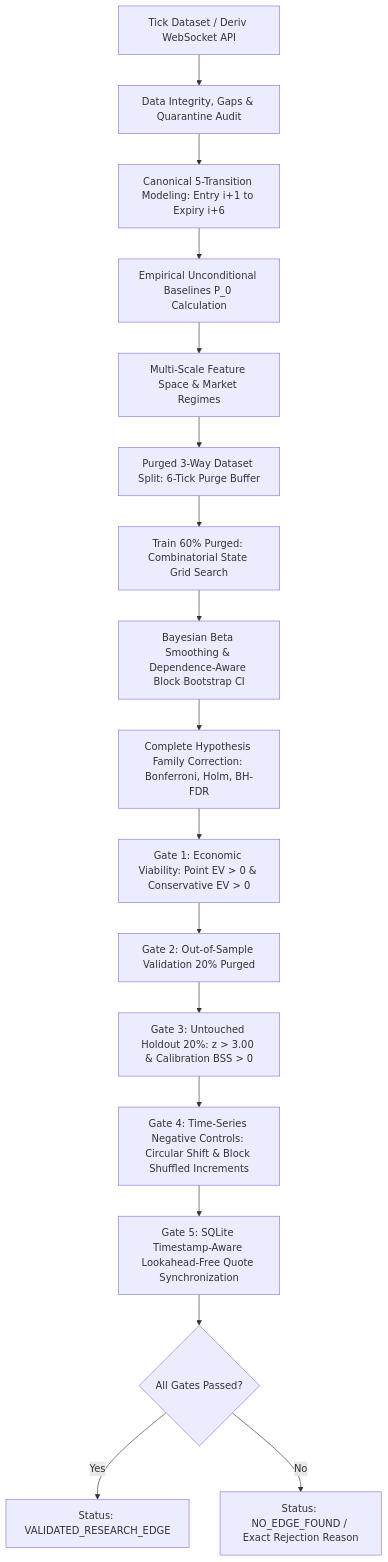
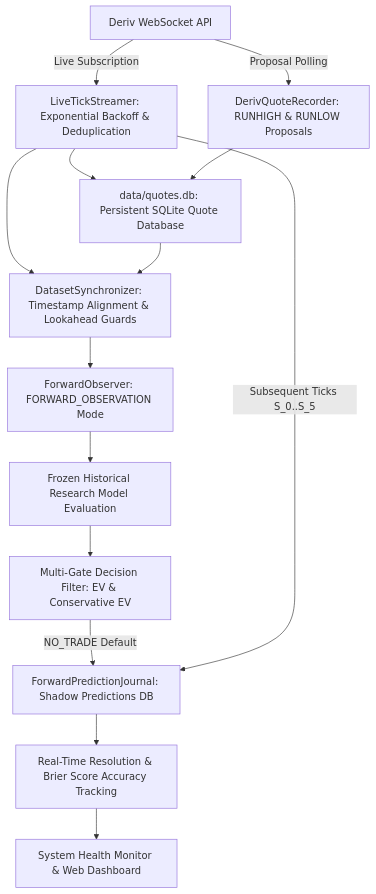
Before and after one commit to thulanesigasa/bot_builder: the diagram in README.md, drawn with Mermaid. The commit also changed other lines of this file and 19 other files, not shown here.

Commit message:
feat(v1.5.2): live tick collection, forward paper trading, and contract lifecycle telemetry

````diff
--- a/README.md
+++ b/README.md
@@ -65,19 +65,16 @@
 ```mermaid
 graph TD
-    A[Tick Dataset / Deriv WebSocket API] --> B[Data Integrity, Gaps & Quarantine Audit]
-    B --> C[Canonical 5-Transition Modeling: Entry i+1 to Expiry i+6]
-    C --> D[Empirical Unconditional Baselines P_0 Calculation]
-    D --> E[Multi-Scale Feature Space & Market Regimes]
-    E --> F[Purged 3-Way Dataset Split: 6-Tick Purge Buffer]
-    F --> G[Train 60% Purged: Combinatorial State Grid Search]
-    G --> H[Bayesian Beta Smoothing & Dependence-Aware Block Bootstrap CI]
-    H --> I[Complete Hypothesis Family Correction: Bonferroni, Holm, BH-FDR]
-    I --> J[Gate 1: Economic Viability: Point EV > 0 & Conservative EV > 0]
-    J --> K[Gate 2: Out-of-Sample Validation 20% Purged]
-    K --> L[Gate 3: Untouched Holdout 20%: z > 3.00 & Calibration BSS > 0]
-    L --> M[Gate 4: Time-Series Negative Controls: Circular Shift & Block Shuffled Increments]
-    M --> N[Gate 5: SQLite Timestamp-Aware Lookahead-Free Quote Synchronization]
-    N --> O{All Gates Passed?}
-    O -->|Yes| P[Status: VALIDATED_RESEARCH_EDGE]
-    O -->|No| Q[Status: NO_EDGE_FOUND / Exact Rejection Reason]
+    A[Deriv WebSocket API] -->|Live Subscription| B[LiveTickStreamer: Exponential Backoff & Deduplication]
+    A -->|Proposal Polling| C[DerivQuoteRecorder: RUNHIGH & RUNLOW Proposals]
+    B --> D[data/quotes.db: Persistent SQLite Quote Database]
+    C --> D
+    B --> E[DatasetSynchronizer: Timestamp Alignment & Lookahead Guards]
+    D --> E
+    E --> F[ForwardObserver: FORWARD_OBSERVATION Mode]
+    F --> G[Frozen Historical Research Model Evaluation]
+    G --> H[Multi-Gate Decision Filter: EV & Conservative EV]
+    H -->|NO_TRADE Default| I[ForwardPredictionJournal: Shadow Predictions DB]
+    B -->|Subsequent Ticks S_0..S_5| I
+    I --> J[Real-Time Resolution & Brier Score Accuracy Tracking]
+    J --> K[System Health Monitor & Web Dashboard]
 ```
````
